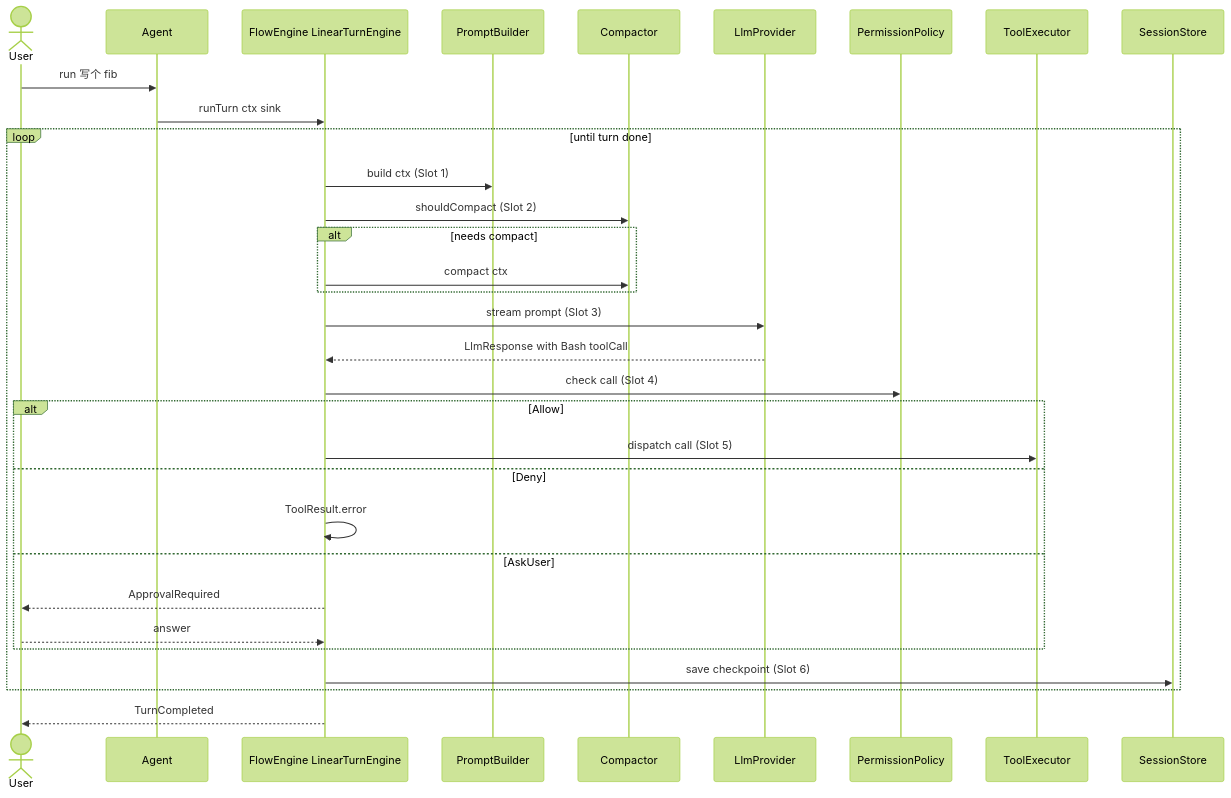
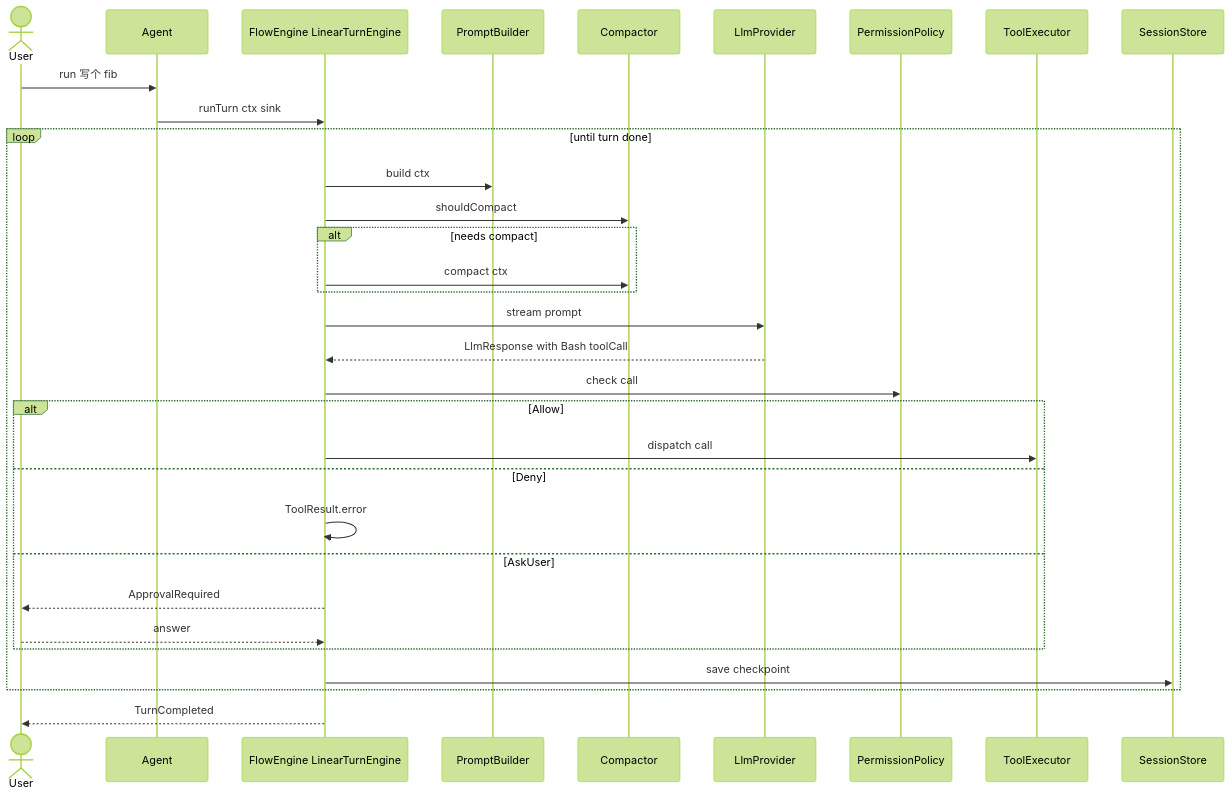
The third of 6 diagrams in dsh_agent_design.md (lingshu-ai-agent/lingshu), drawn with Mermaid (forest theme) before and after one commit. The commit also changed other lines of this file and 1 other file, not shown here.

First line of the commit message:
docs: dsh v1.5.12 + CLAUDE.md v1.3.4 — §4 章节标题 + ASCII + Mermaid 删 stale Slot N 标签

````diff
--- a/dsh_agent_design.md
+++ b/dsh_agent_design.md
@@ -3739,36 +3739,36 @@
 ```mermaid
 sequenceDiagram
     actor User
     participant Agent
     participant FE as FlowEngine LinearTurnEngine
     participant PB as PromptBuilder
     participant CMP as Compactor
     participant LLM as LlmProvider
     participant POL as PermissionPolicy
     participant TE as ToolExecutor
     participant SS as SessionStore
 
     User->>Agent: run 写个 fib
     Agent->>FE: runTurn ctx sink
 
     loop until turn done
-        FE->>PB: build ctx  (Slot 1)
-        FE->>CMP: shouldCompact  (Slot 2)
+        FE->>PB: build ctx
+        FE->>CMP: shouldCompact
         alt needs compact
             FE->>CMP: compact ctx
         end
-        FE->>LLM: stream prompt  (Slot 3)
+        FE->>LLM: stream prompt
         LLM-->>FE: LlmResponse with Bash toolCall
-        FE->>POL: check call  (Slot 4)
+        FE->>POL: check call
         alt Allow
-            FE->>TE: dispatch call  (Slot 5)
+            FE->>TE: dispatch call
         else Deny
             FE->>FE: ToolResult.error
         else AskUser
             FE-->>User: ApprovalRequired
             User-->>FE: answer
         end
-        FE->>SS: save checkpoint  (Slot 6)
+        FE->>SS: save checkpoint
     end
     FE-->>User: TurnCompleted
 ```
````
